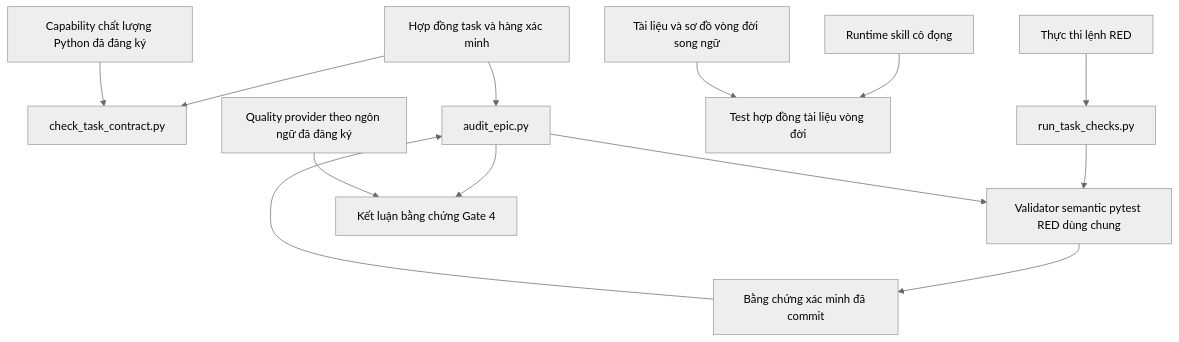
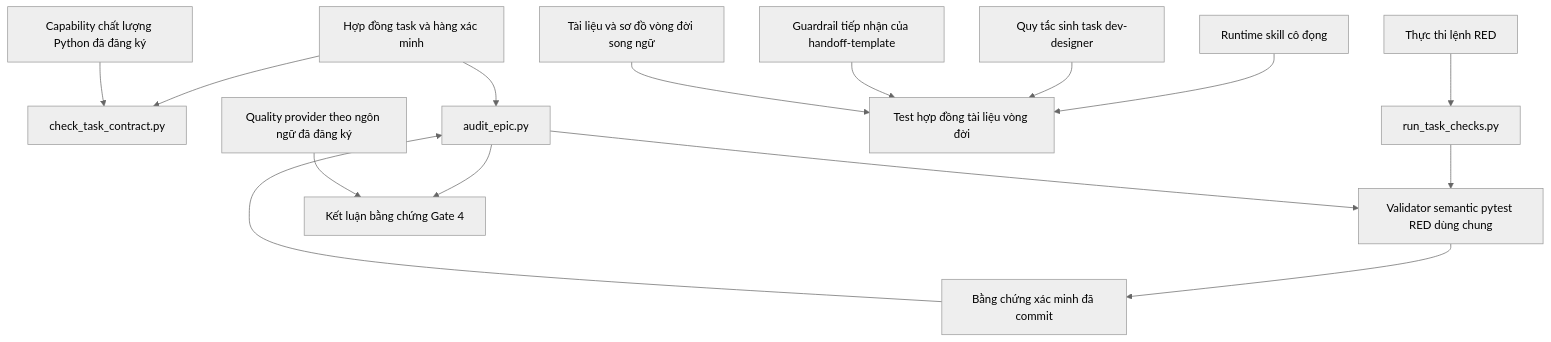
The first of 3 diagrams in .devtool/epic/mechanical_verification_and_lifecycle_slimming/mechanical_verification_and_lifecycle_slimming.vi.md (DanhDue/ai-agent-tools), drawn with Mermaid (neutral theme) before and after one commit. The commit also changed other lines of this file and 15 other files, not shown here.

````diff
--- a/.devtool/epic/mechanical_verification_and_lifecycle_slimming/mechanical_verification_and_lifecycle_slimming.vi.md
+++ b/.devtool/epic/mechanical_verification_and_lifecycle_slimming/mechanical_verification_and_lifecycle_slimming.vi.md
@@ -59,15 +61,17 @@
 ```mermaid
 flowchart TD
     task_contract["Hợp đồng task và hàng xác minh"] --> contract_checker["check_task_contract.py"]
     provider_manifest["Capability chất lượng Python đã đăng ký"] --> contract_checker
     red_command["Thực thi lệnh RED"] --> recorder["run_task_checks.py"]
     recorder --> red_validator["Validator semantic pytest RED dùng chung"]
     red_validator --> evidence["Bằng chứng xác minh đã commit"]
     evidence --> gate4_auditor["audit_epic.py"]
     task_contract --> gate4_auditor
     gate4_auditor --> red_validator
     gate4_auditor --> gate4_verdict["Kết luận bằng chứng Gate 4"]
     runtime_skills["Runtime skill cô đọng"] --> lifecycle_contract["Test hợp đồng tài liệu vòng đời"]
+    task_generation_rules["Quy tắc sinh task dev-designer"] --> lifecycle_contract
+    handoff_guardrails["Guardrail tiếp nhận của handoff-template"] --> lifecycle_contract
     human_docs["Tài liệu và sơ đồ vòng đời song ngữ"] --> lifecycle_contract
     quality_providers["Quality provider theo ngôn ngữ đã đăng ký"] --> gate4_verdict
 ```
````
